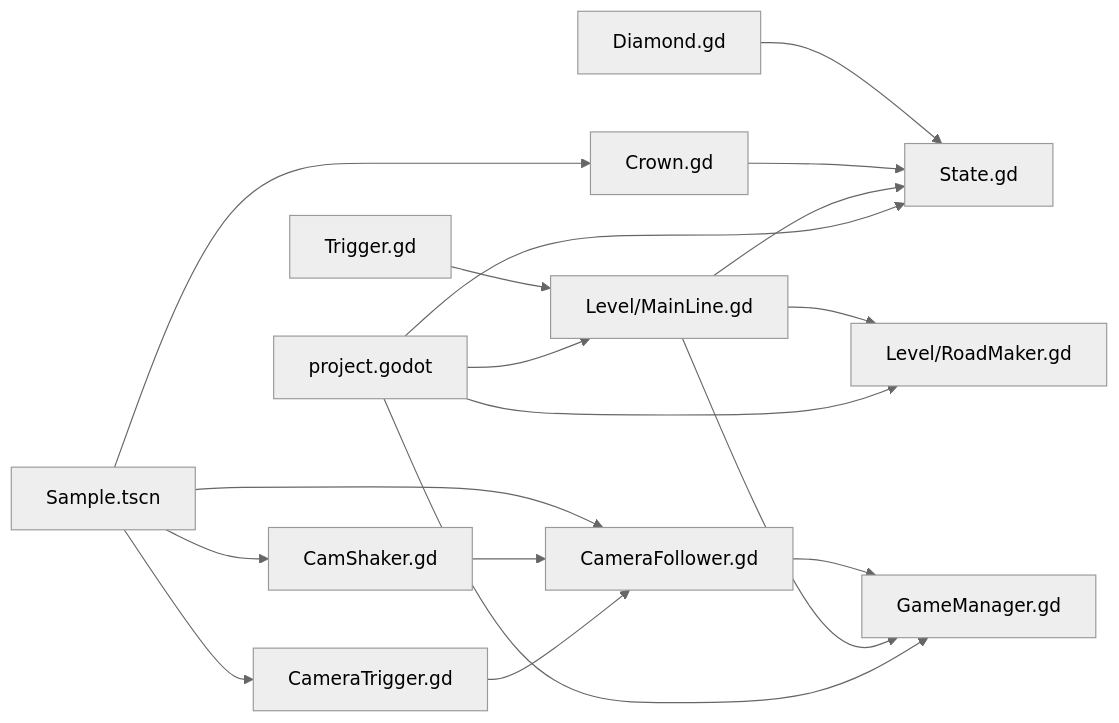
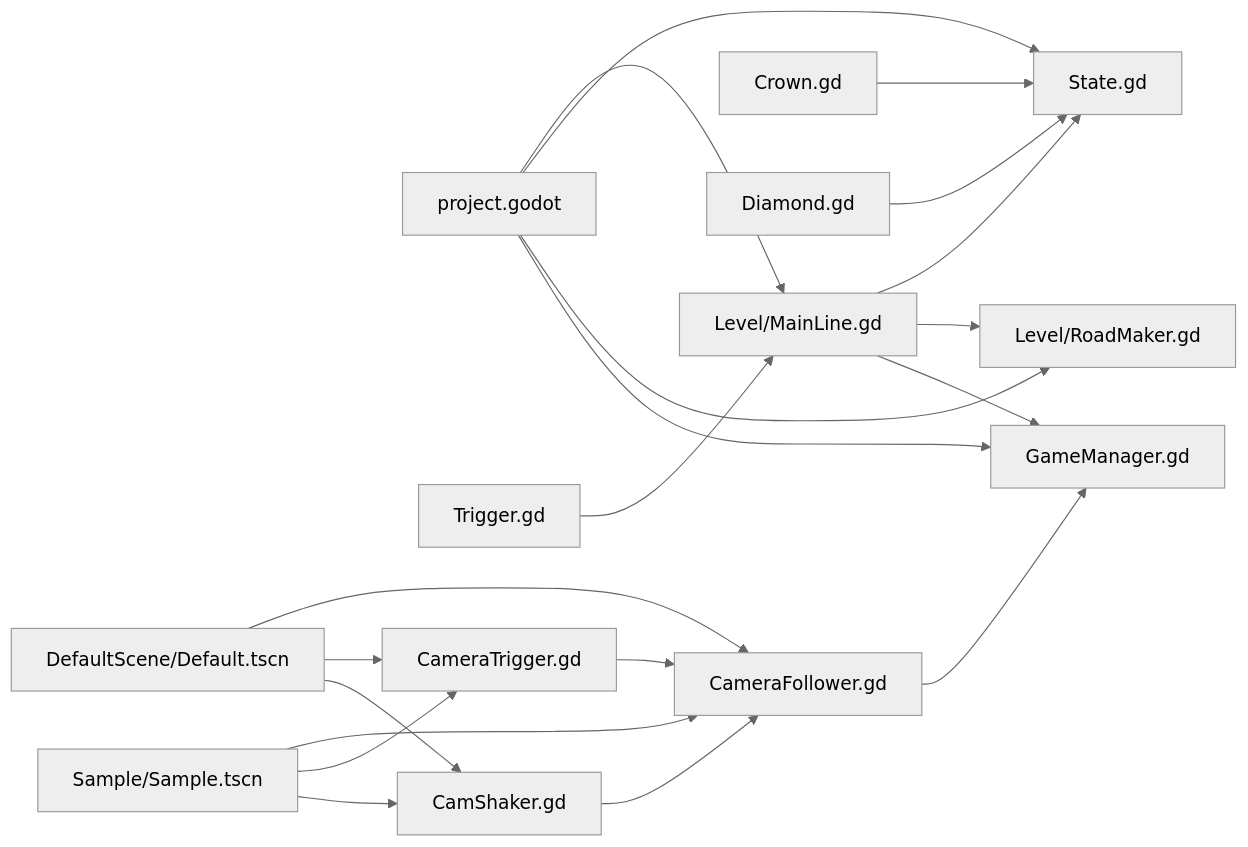
One commit to godotline/godot-line changed diagram 15 of 15 in .qoder/repowiki/zh/content/模板系统/示例场景.md. Above: the diagram before and after it, drawn with Mermaid (neutral theme). The commit also changed other lines of this file and 18 other files, not shown here.

````diff
--- a/.qoder/repowiki/zh/content/模板系统/示例场景.md
+++ b/.qoder/repowiki/zh/content/模板系统/示例场景.md
@@ -609,20 +623,22 @@
 ```mermaid
 graph LR
 PG["project.godot"] --> ML["Level/MainLine.gd"]
 PG --> ST["State.gd"]
 PG --> RM["Level/RoadMaker.gd"]
 PG --> GM["GameManager.gd"]
 ML --> ST
 ML --> RM
 ML --> GM
 CR["Crown.gd"] --> ST
 DM["Diamond.gd"] --> ST
 TR["Trigger.gd"] --> ML
 CF["CameraFollower.gd"] --> GM
 CT["CameraTrigger.gd"] --> CF
 CS["CamShaker.gd"] --> CF
-SC["Sample.tscn"] --> CR
-SC --> CF
-SC --> CT
-SC --> CS
+DS["DefaultScene/Default.tscn"] --> CF
+DS --> CT
+DS --> CS
+SS["Sample/Sample.tscn"] --> CF
+SS --> CT
+SS --> CS
 ```
````
